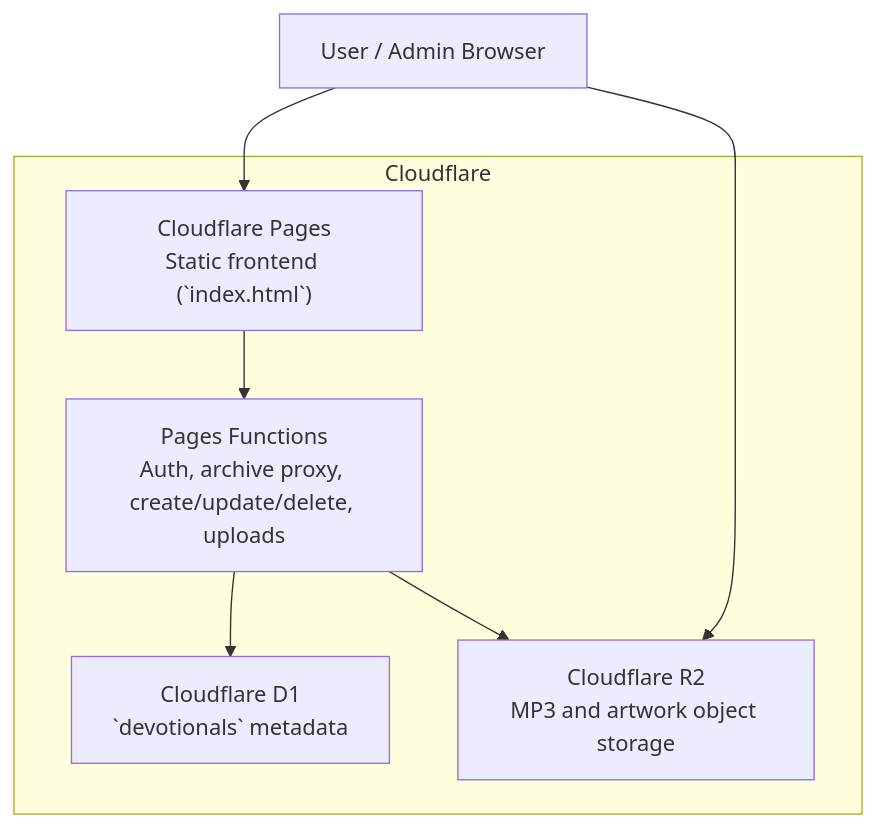
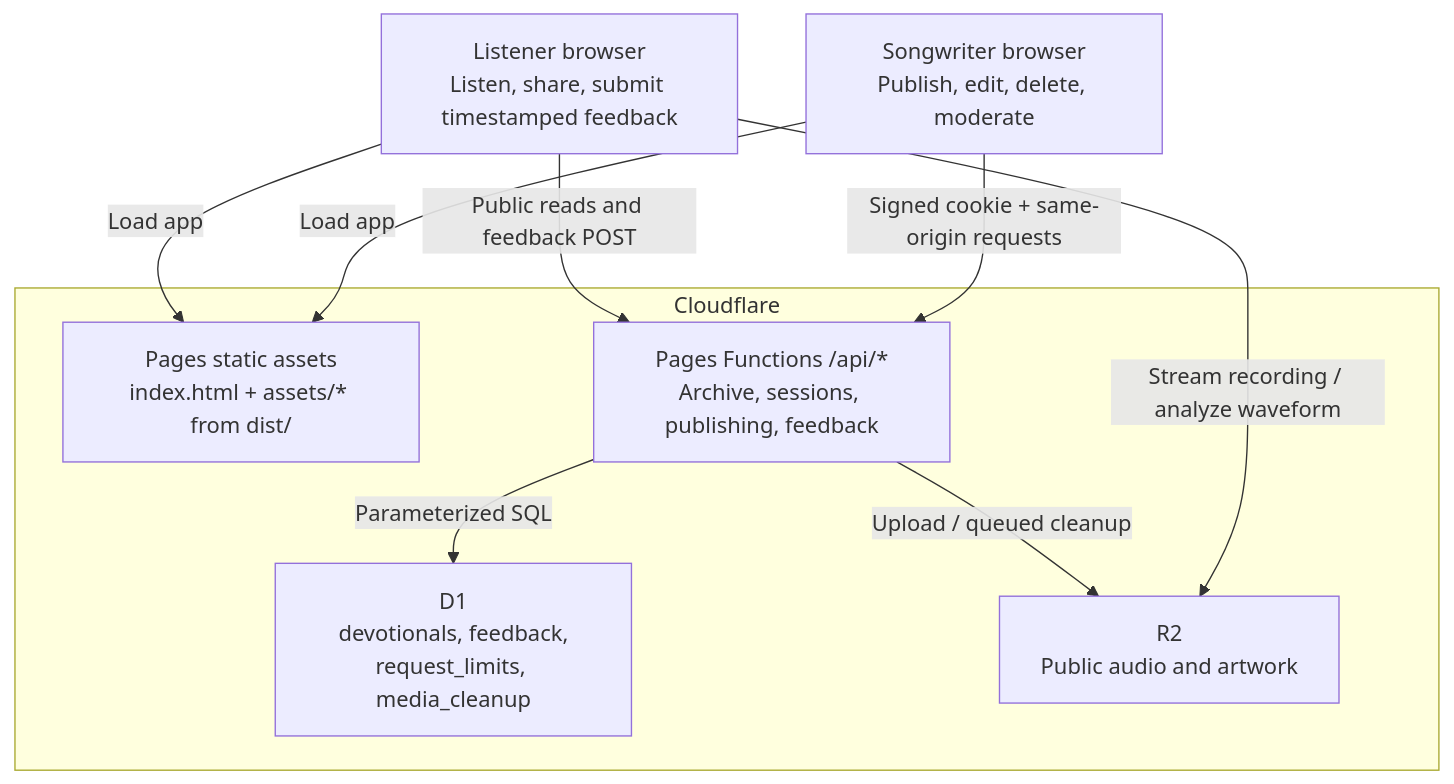
One commit to manynames3/selah changed the diagram in docs/architecture.md. Above: the diagram before and after it, drawn with Mermaid. The commit also changed other lines of this file and 58 other files, not shown here.

````diff
--- a/docs/architecture.md
+++ b/docs/architecture.md
@@ -7,17 +7,20 @@
 ```mermaid
 flowchart TB
-    user["User / Admin Browser"]
+    listener["Listener browser<br/>Listen, share, submit timestamped feedback"]
+    writer["Songwriter browser<br/>Publish, edit, delete, moderate"]
 
     subgraph cloudflare["Cloudflare"]
-        pages["Cloudflare Pages\nStatic frontend (`index.html`)"]
-        funcs["Pages Functions\nAuth, archive proxy, create/update/delete, uploads"]
-        db["Cloudflare D1\n`devotionals` metadata"]
-        r2["Cloudflare R2\nMP3 and artwork object storage"]
+        pages["Pages static assets<br/>index.html + assets/* from dist/"]
+        functions["Pages Functions /api/*<br/>Archive, sessions, publishing, feedback"]
+        db["D1<br/>devotionals, feedback,<br/>request_limits, media_cleanup"]
+        media["R2<br/>Public audio and artwork"]
     end
 
-    user --> pages
-    user --> r2
-    pages --> funcs
-    funcs --> db
-    funcs --> r2
+    listener -->|"Load app"| pages
+    writer -->|"Load app"| pages
+    listener -->|"Public reads and feedback POST"| functions
+    writer -->|"Signed cookie + same-origin requests"| functions
+    functions -->|"Parameterized SQL"| db
+    functions -->|"Upload / queued cleanup"| media
+    listener -->|"Stream recording / analyze waveform"| media
 ```
````
